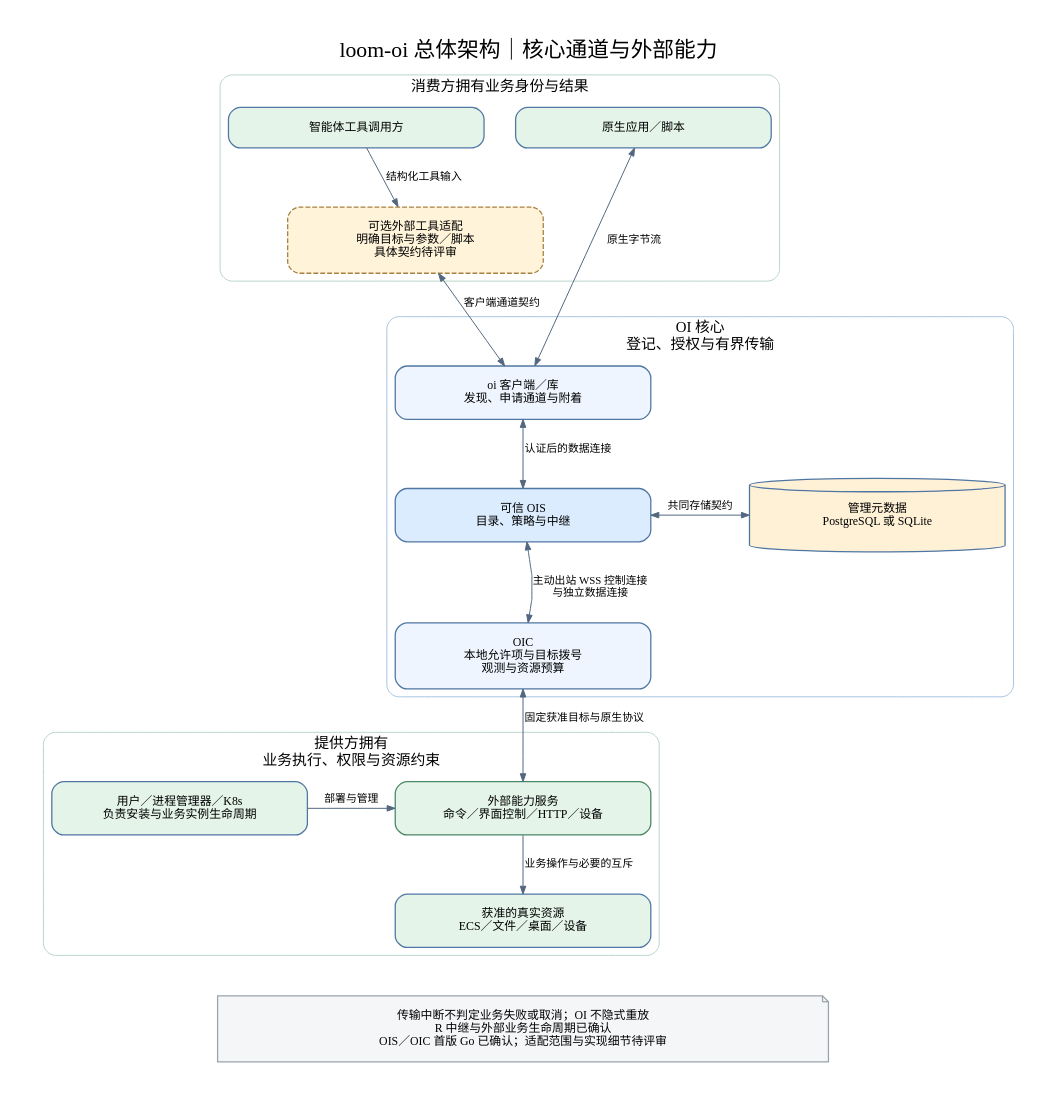
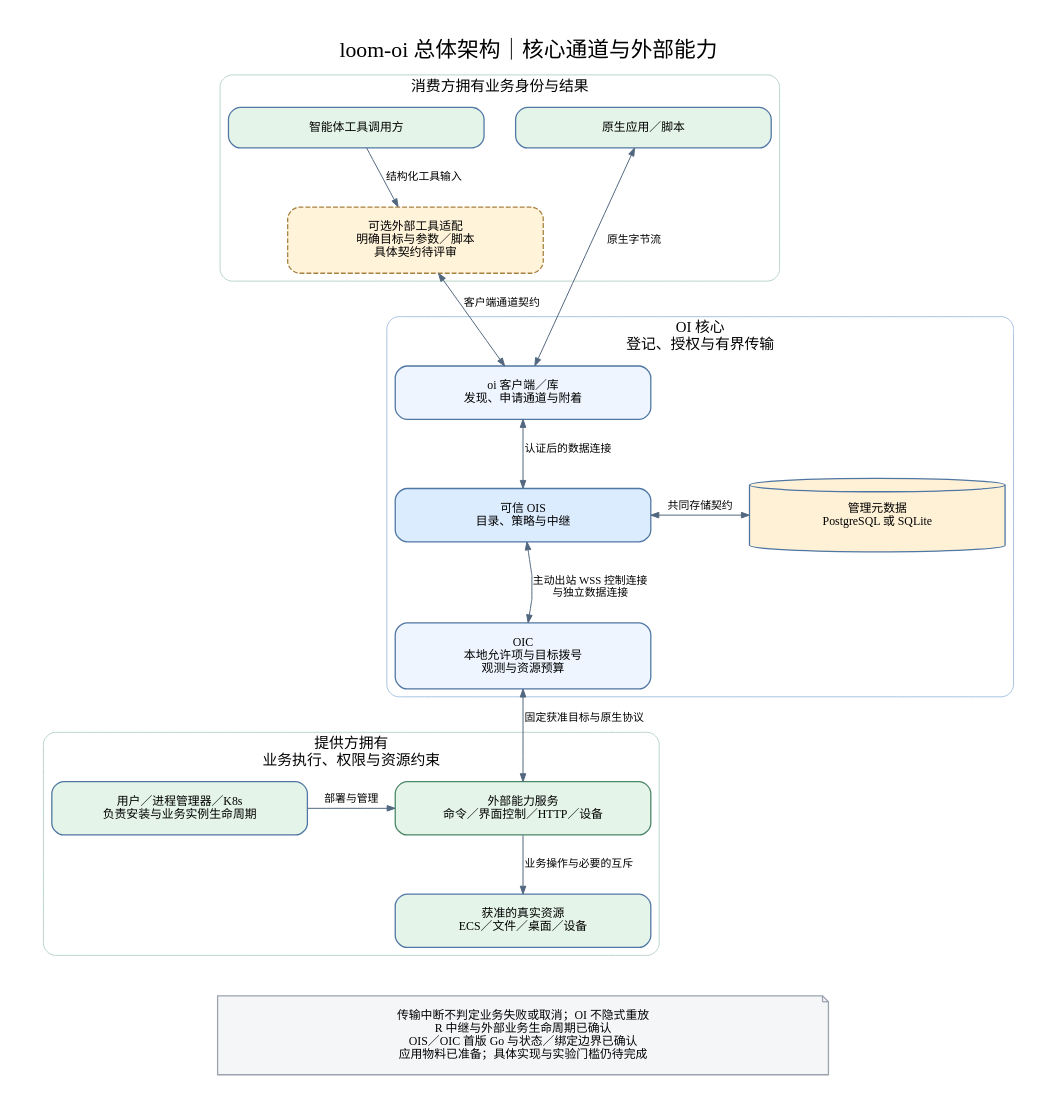
The diagram in docs/architecture/diagrams/v0.7/01-overview.dot (wyw-ai/loom-oi), drawn with Graphviz before and after one commit. The commit also changed 76 other files, not shown here.

```diff
--- a/docs/architecture/diagrams/v0.7/01-overview.dot
+++ b/docs/architecture/diagrams/v0.7/01-overview.dot
@@ -1,39 +1,39 @@
 digraph G {
  graph [rankdir=TB,bgcolor="white",pad="0.4",nodesep="0.45",ranksep="0.65",fontname="Noto Sans SC",fontsize=22,labelloc="t",splines=polyline,label="loom-oi 总体架构｜核心通道与外部能力"];
  node [shape=box,style="rounded,filled",fillcolor="#eef5ff",color="#5077a3",fontname="Noto Sans SC",fontsize=12,width=3.6,margin="0.3,0.2",penwidth=1.3];
  edge [color="#52677f",fontname="Noto Sans SC",fontsize=11,arrowsize=0.8];
  subgraph cluster_consumer {
   label="消费方拥有业务身份与结果";fontsize=15;color="#b9d5c6";style="rounded";
   native[label="原生应用／脚本",fillcolor="#e4f4e9"];
   agent[label="智能体工具调用方",fillcolor="#e4f4e9"];
   adapter[label="可选外部工具适配\n明确目标与参数／脚本\n具体契约待评审",style="rounded,dashed,filled",fillcolor="#fff3d9",color="#a68142"];
   {rank=same; native; agent;}
   agent->adapter[label="结构化工具输入"];
  }
  subgraph cluster_oi {
   label="OI 核心\n登记、授权与有界传输";labeljust="c";fontsize=15;color="#a7c4e1";style="rounded";
   cli[label="oi 客户端／库\n发现、申请通道与附着"];
   ois[label="可信 OIS\n目录、策略与中继",fillcolor="#dcecff"];
   oic[label="OIC\n本地允许项与目标拨号\n观测与资源预算"];
   store[label="管理元数据\nPostgreSQL 或 SQLite",shape=cylinder,fillcolor="#fff1d6"];
   cli->ois[dir=both,label="认证后的数据连接"];
   oic->ois[dir=both,label="主动出站 WSS 控制连接\n与独立数据连接",constraint=false];
   ois->oic[style=invis];
   ois->store[dir=both,label="共同存储契约"];
   {rank=same; ois; store;}
  }
  subgraph cluster_provider {
   label="提供方拥有\n业务执行、权限与资源约束";labeljust="c";fontsize=15;color="#b9d5c6";style="rounded";
   service[label="外部能力服务\n命令／界面控制／HTTP／设备",fillcolor="#e4f4e9",color="#4b8767"];
   owner[label="用户／进程管理器／K8s\n负责安装与业务实例生命周期",fillcolor="#e4f4e9"];
   resource[label="获准的真实资源\nECS／文件／桌面／设备",fillcolor="#e4f4e9"];
   owner->service[label="部署与管理"];
   service->resource[label="业务操作与必要的互斥"];
   {rank=same; service; owner;}
  }
  native->cli[dir=both,label="原生字节流"];
  adapter->cli[dir=both,label="客户端通道契约"];
  oic->service[dir=both,label="固定获准目标与原生协议"];
- note[label="传输中断不判定业务失败或取消；OI 不隐式重放\nR 中继与外部业务生命周期已确认\nOIS／OIC 首版 Go 已确认；适配范围与实现细节待评审",width=8.6,shape=note,fillcolor="#f5f6f8",color="#9ca3af",fontsize=12];
+ note[label="传输中断不判定业务失败或取消；OI 不隐式重放\nR 中继与外部业务生命周期已确认\nOIS／OIC 首版 Go 与状态／绑定边界已确认\n应用物料已准备；具体实现与实验门槛仍待完成",width=8.6,shape=note,fillcolor="#f5f6f8",color="#9ca3af",fontsize=12];
  resource->note[style=invis];
 }
```
